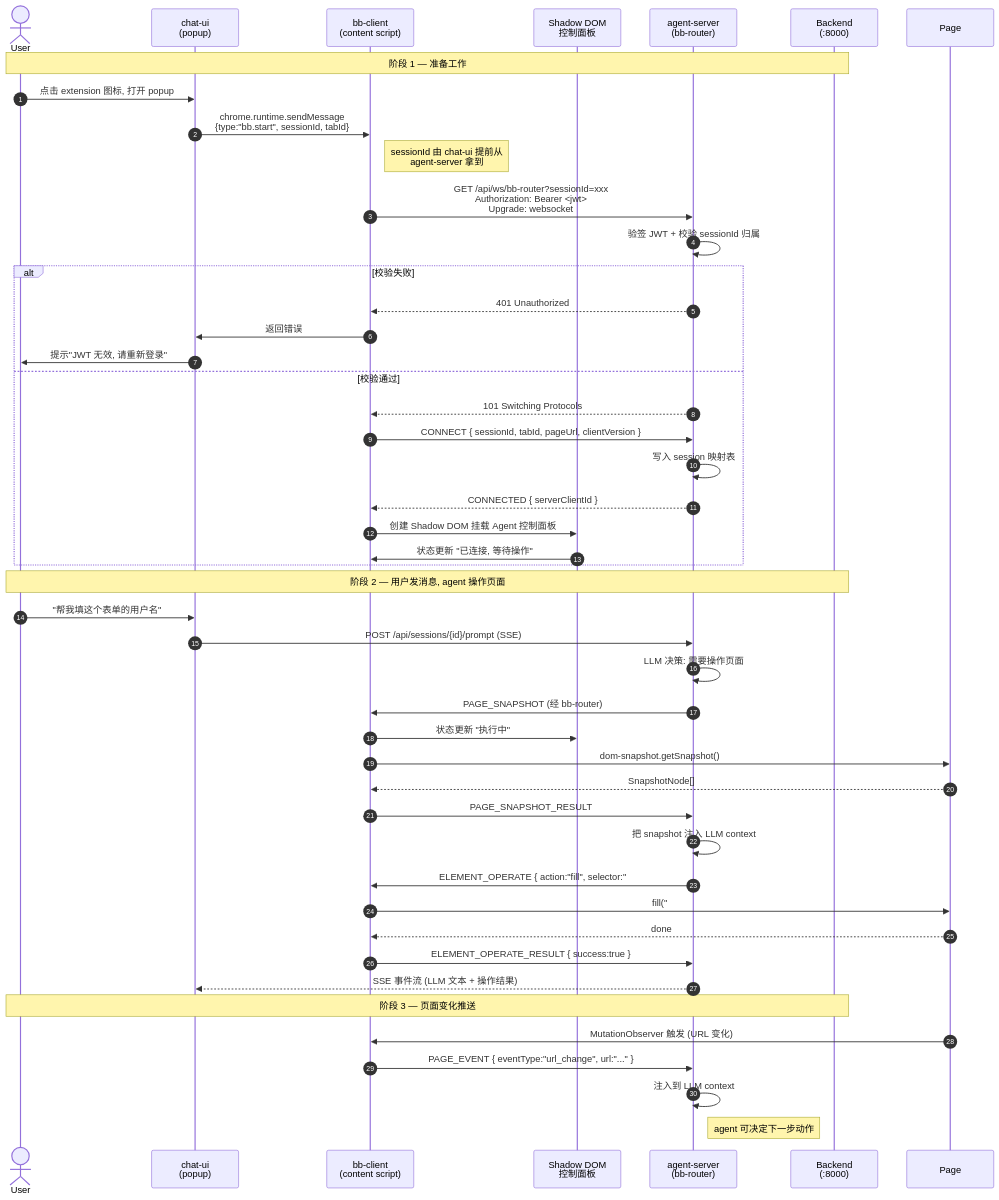
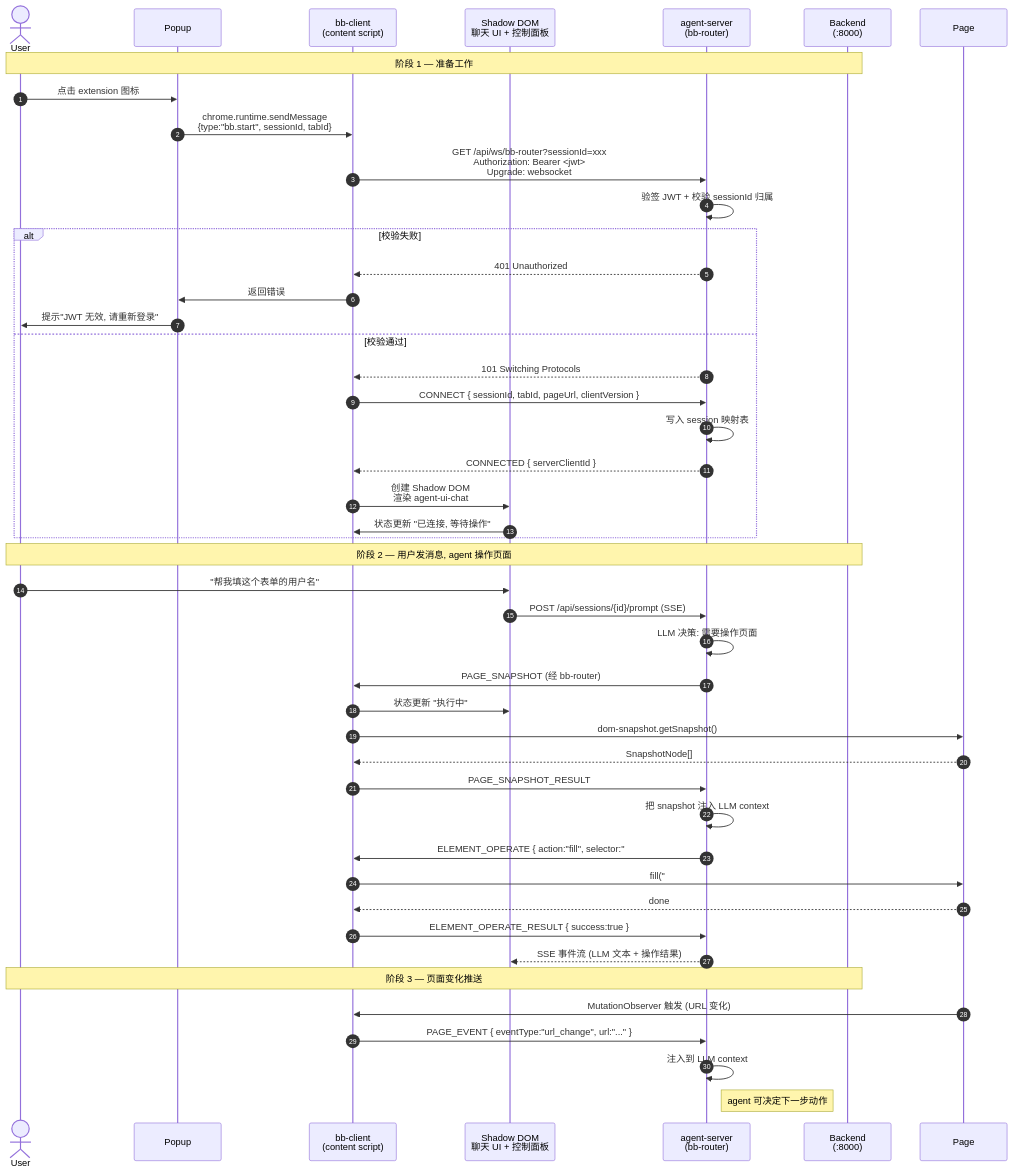
The second of 4 diagrams in neo/design/docs/technical/agent-steer/browser-bridge.md (zhaoxin34/matrix), drawn with Mermaid before and after one commit. The commit also changed other lines of this file and 1 other file, not shown here.

Commit message:
docs(browser-bridge): remove obsolete bb-server references from docs

````diff
--- a/neo/design/docs/technical/agent-steer/browser-bridge.md
+++ b/neo/design/docs/technical/agent-steer/browser-bridge.md
@@ -184,51 +185,50 @@
 ```mermaid
 sequenceDiagram
     autonumber
     actor User
-    participant UI as chat-ui<br/>(popup)
+    participant Popup as Popup
     participant CS as bb-client<br/>(content script)
-    participant SD as Shadow DOM<br/>控制面板
+    participant SD as Shadow DOM<br/>聊天 UI + 控制面板
     participant SRV as agent-server<br/>(bb-router)
     participant BE as Backend<br/>(:8000)
 
     Note over User,BE: 阶段 1 — 准备工作
-    User->>UI: 点击 extension 图标, 打开 popup
-    UI->>CS: chrome.runtime.sendMessage<br/>{type:"bb.start", sessionId, tabId}
-    Note right of CS: sessionId 由 chat-ui 提前从<br/>agent-server 拿到
+    User->>Popup: 点击 extension 图标
+    Popup->>CS: chrome.runtime.sendMessage<br/>{type:"bb.start", sessionId, tabId}
     CS->>SRV: GET /api/ws/bb-router?sessionId=xxx<br/>Authorization: Bearer <jwt><br/>Upgrade: websocket
     SRV->>SRV: 验签 JWT + 校验 sessionId 归属
     alt 校验失败
         SRV-->>CS: 401 Unauthorized
-        CS->>UI: 返回错误
-        UI->>User: 提示"JWT 无效, 请重新登录"
+        CS->>Popup: 返回错误
+        Popup->>User: 提示"JWT 无效, 请重新登录"
     else 校验通过
         SRV-->>CS: 101 Switching Protocols
         CS->>SRV: CONNECT { sessionId, tabId, pageUrl, clientVersion }
         SRV->>SRV: 写入 session 映射表
         SRV-->>CS: CONNECTED { serverClientId }
-        CS->>SD: 创建 Shadow DOM 挂载 Agent 控制面板
+        CS->>SD: 创建 Shadow DOM<br/>渲染 agent-ui-chat
         SD->>CS: 状态更新 "已连接, 等待操作"
     end
 
     Note over User,BE: 阶段 2 — 用户发消息, agent 操作页面
-    User->>UI: "帮我填这个表单的用户名"
-    UI->>SRV: POST /api/sessions/{id}/prompt (SSE)
+    User->>SD: "帮我填这个表单的用户名"
+    SD->>SRV: POST /api/sessions/{id}/prompt (SSE)
     SRV->>SRV: LLM 决策: 需要操作页面
     SRV->>CS: PAGE_SNAPSHOT (经 bb-router)
     CS->>SD: 状态更新 "执行中"
     CS->>Page: dom-snapshot.getSnapshot()
     Page-->>CS: SnapshotNode[]
     CS->>SRV: PAGE_SNAPSHOT_RESULT
     SRV->>SRV: 把 snapshot 注入 LLM context
     SRV->>CS: ELEMENT_OPERATE { action:"fill", selector:"#username", value:"hello" }
     CS->>Page: fill("#username", "hello")
     Page-->>CS: done
     CS->>SRV: ELEMENT_OPERATE_RESULT { success:true }
-    SRV-->>UI: SSE 事件流 (LLM 文本 + 操作结果)
+    SRV-->>SD: SSE 事件流 (LLM 文本 + 操作结果)
 
     Note over User,BE: 阶段 3 — 页面变化推送
     Page->>CS: MutationObserver 触发 (URL 变化)
     CS->>SRV: PAGE_EVENT { eventType:"url_change", url:"..." }
     SRV->>SRV: 注入到 LLM context
     Note right of SRV: agent 可决定下一步动作
 ```
````
